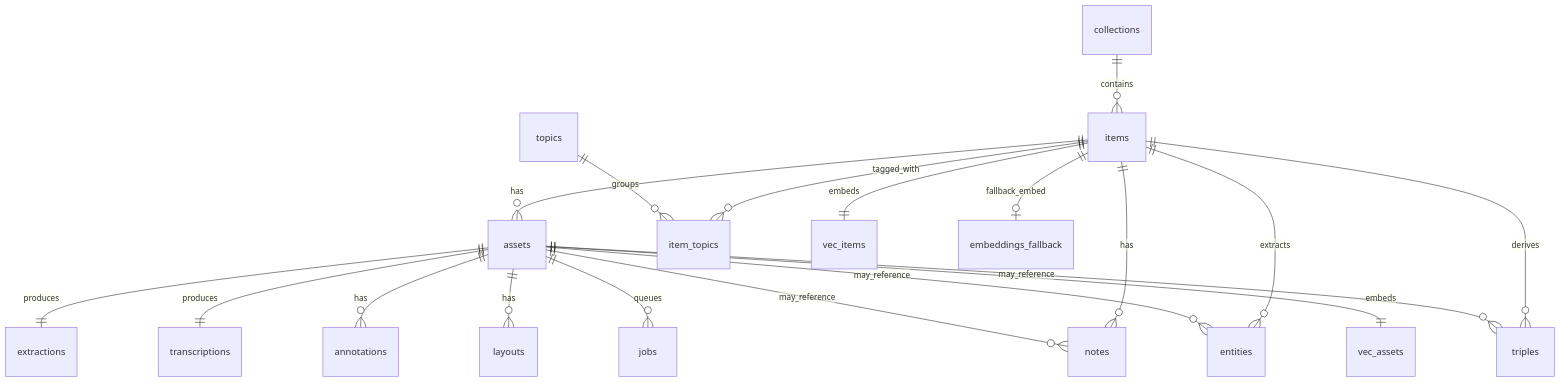
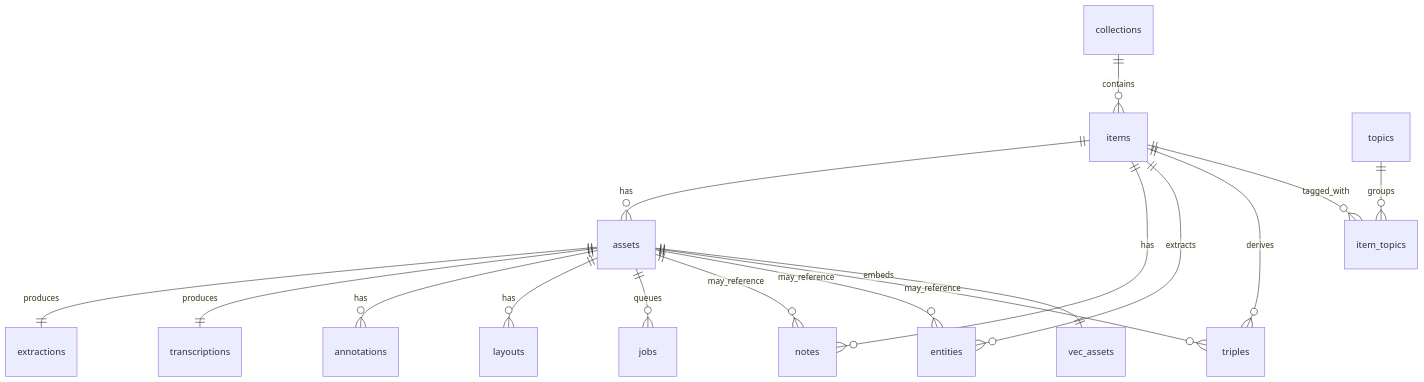
Before and after one commit to agusnieto77/EntropIA: the diagram in SQLite.md, drawn with Mermaid. The commit also changed other lines of this file and 21 other files, not shown here.

````diff
--- a/SQLite.md
+++ b/SQLite.md
@@ -521,23 +547,20 @@
 ```mermaid
 erDiagram
     collections ||--o{ items : contains
     items ||--o{ assets : has
     items ||--o{ notes : has
     items ||--o{ entities : extracts
     items ||--o{ triples : derives
     items ||--o{ item_topics : tagged_with
     topics ||--o{ item_topics : groups
 
     assets ||--|| extractions : produces
     assets ||--|| transcriptions : produces
     assets ||--o{ annotations : has
     assets ||--o{ layouts : has
     assets ||--o{ jobs : queues
     assets ||--o{ notes : may_reference
     assets ||--o{ entities : may_reference
     assets ||--o{ triples : may_reference
     assets ||--|| vec_assets : embeds
-
-    items ||--|| vec_items : embeds
-    items ||--o| embeddings_fallback : fallback_embed
 ```
````
